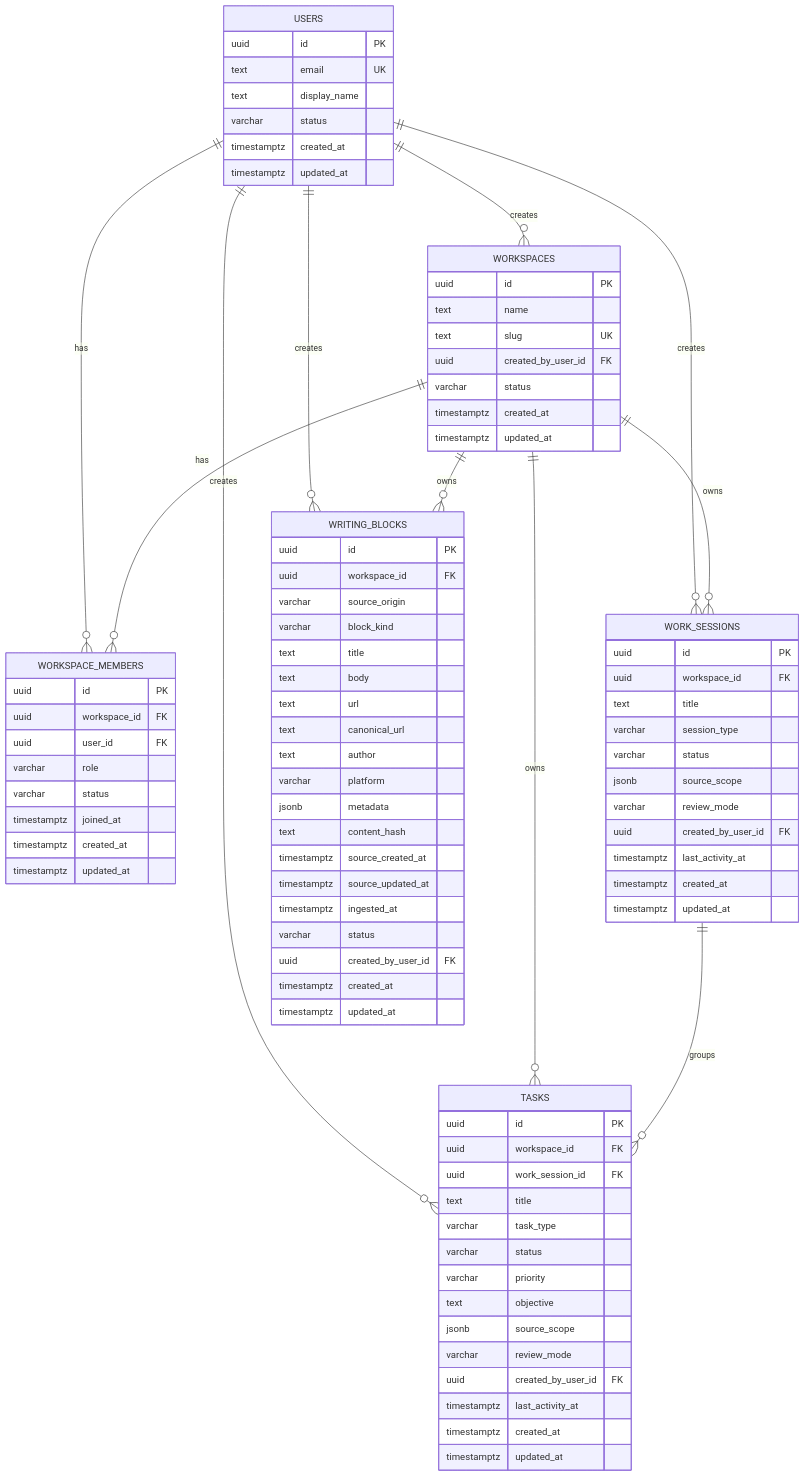
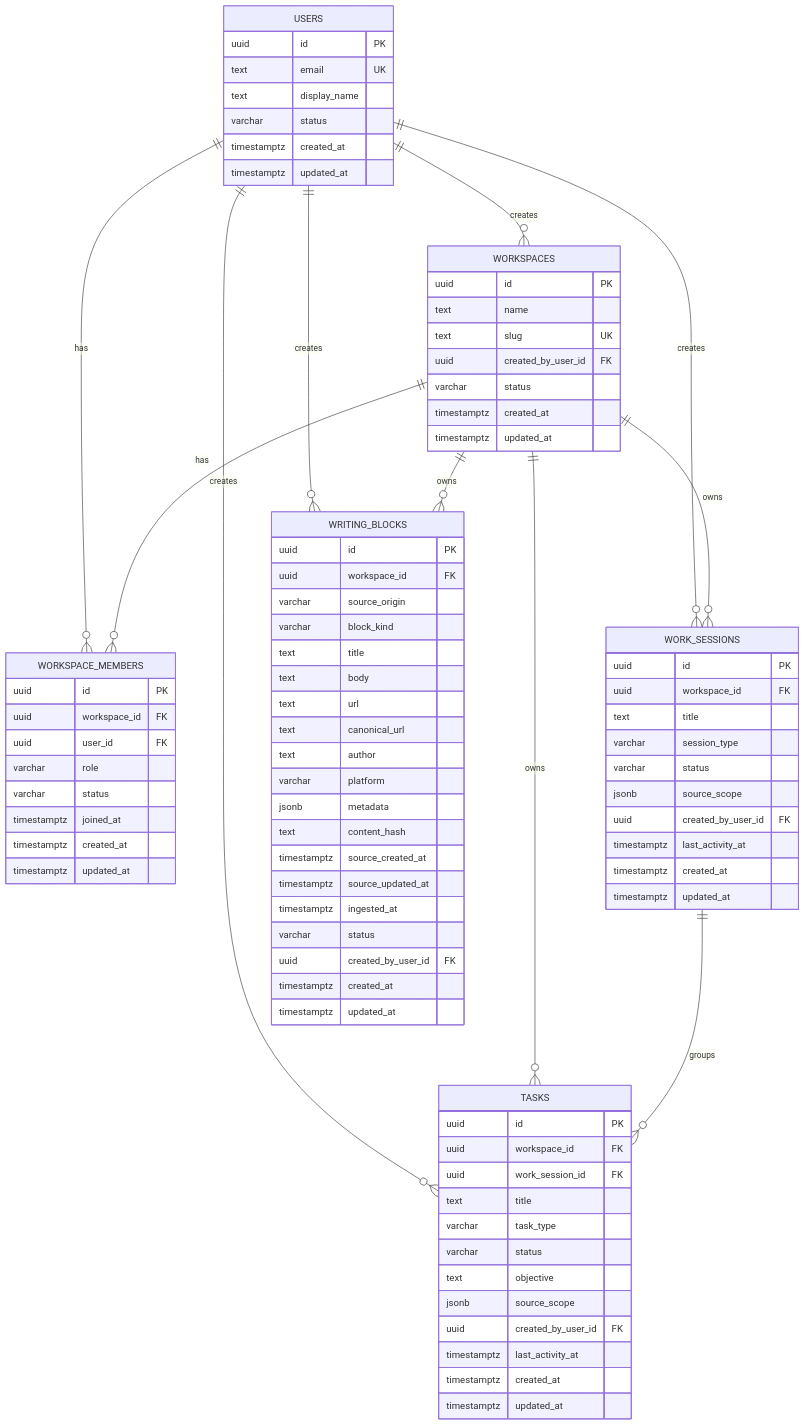
Before and after one commit to plot-labs/plot: the second of 2 diagrams in docs/specs/2026-07-04-api-domain-foundation-design.md, drawn with Mermaid. The commit also changed other lines of this file and 9 other files, not shown here.

```diff
--- a/docs/specs/2026-07-04-api-domain-foundation-design.md
+++ b/docs/specs/2026-07-04-api-domain-foundation-design.md
@@ -269,7 +266,6 @@
         varchar session_type
         varchar status
         jsonb source_scope
-        varchar review_mode
         uuid created_by_user_id FK
         timestamptz last_activity_at
         timestamptz created_at
@@ -283,10 +279,8 @@
         text title
         varchar task_type
         varchar status
-        varchar priority
         text objective
         jsonb source_scope
-        varchar review_mode
         uuid created_by_user_id FK
         timestamptz last_activity_at
         timestamptz created_at
```
